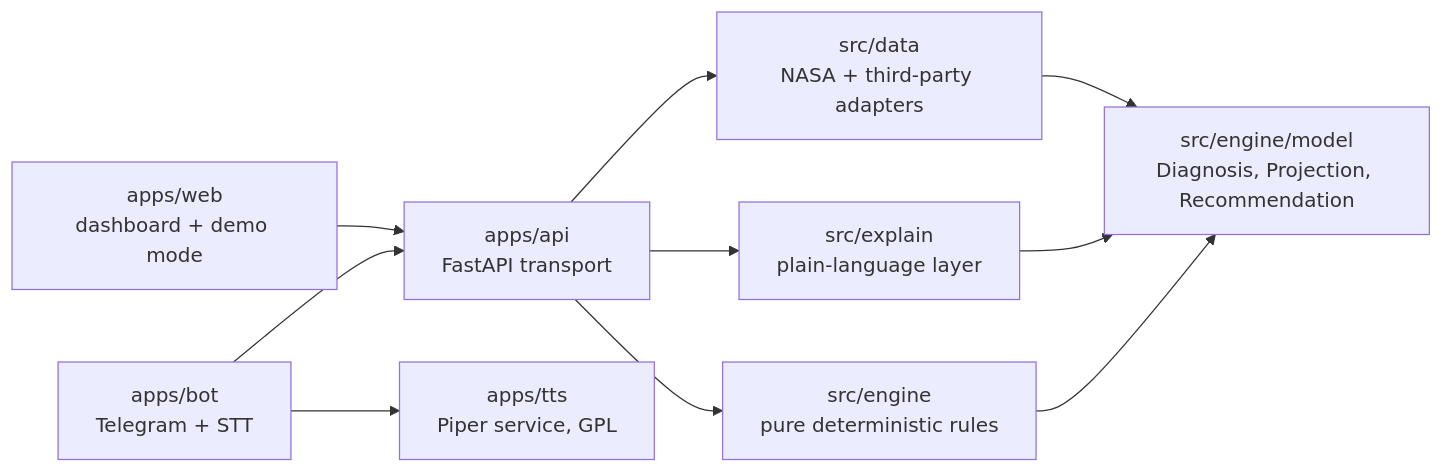
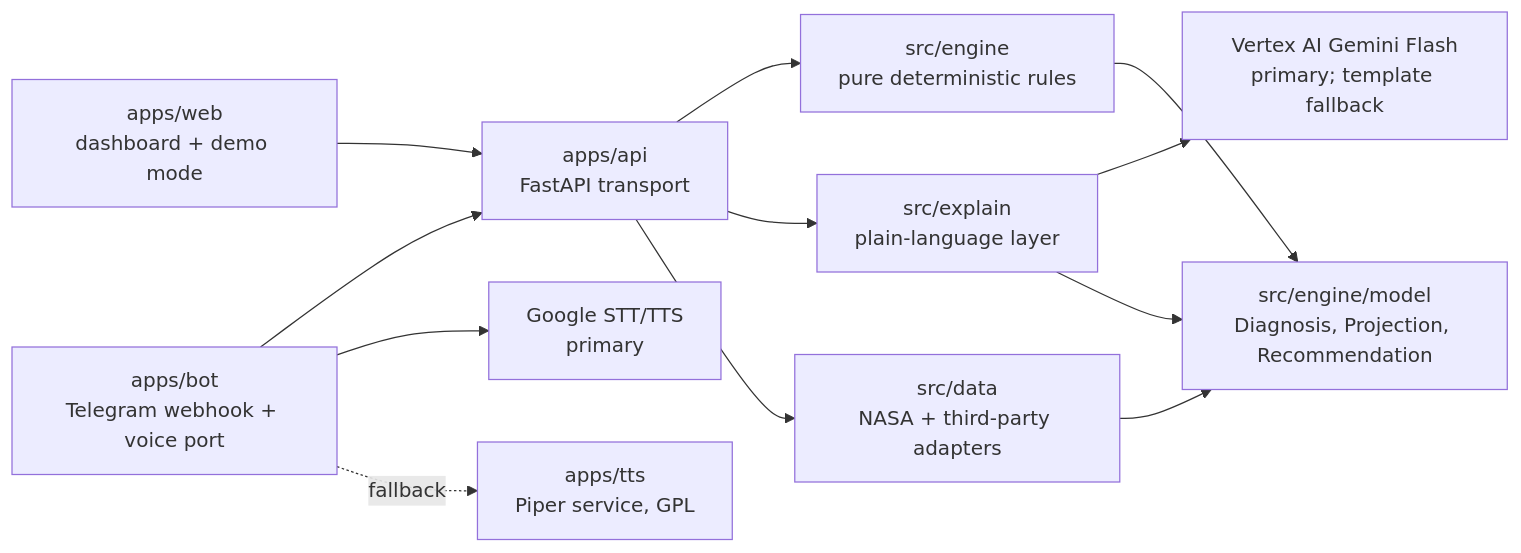
The first of 3 diagrams in _bmad-output/planning-artifacts/architecture/architecture-nether-field-shift-2026-2026-11-14/ARCHITECTURE-SPINE.md (raviproenca/nether-field-shift-2026), drawn with Mermaid before and after one commit. The commit also changed other lines of this file and 3 other files, not shown here.

First line of the commit message:
docs(planning): update PRD, architecture and epics for Google Cloud, languages and v1 crops

````diff
--- a/_bmad-output/planning-artifacts/architecture/architecture-nether-field-shift-2026-2026-11-14/ARCHITECTURE-SPINE.md
+++ b/_bmad-output/planning-artifacts/architecture/architecture-nether-field-shift-2026-2026-11-14/ARCHITECTURE-SPINE.md
@@ -24,12 +25,14 @@
 ```mermaid
 graph LR
-  bot[apps/bot<br/>Telegram + STT] --> api[apps/api<br/>FastAPI transport]
+  bot[apps/bot<br/>Telegram webhook + voice port] --> api[apps/api<br/>FastAPI transport]
   web[apps/web<br/>dashboard + demo mode] --> api
-  bot --> tts[apps/tts<br/>Piper service, GPL]
+  bot --> gvoice[Google STT/TTS<br/>primary]
+  bot -.fallback.-> tts[apps/tts<br/>Piper service, GPL]
   api --> engine[src/engine<br/>pure deterministic rules]
   api --> explain[src/explain<br/>plain-language layer]
+  explain --> gemini[Vertex AI Gemini Flash<br/>primary; template fallback]
   api --> data[src/data<br/>NASA + third-party adapters]
   engine --> model[src/engine/model<br/>Diagnosis, Projection, Recommendation]
   explain --> model
   data --> model
 ```
````
